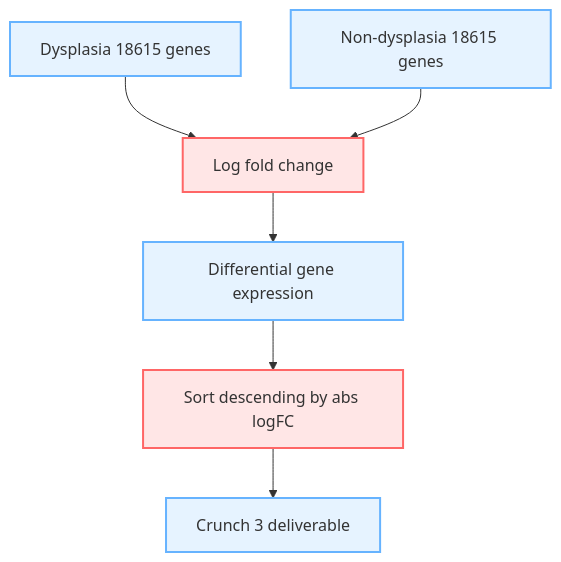
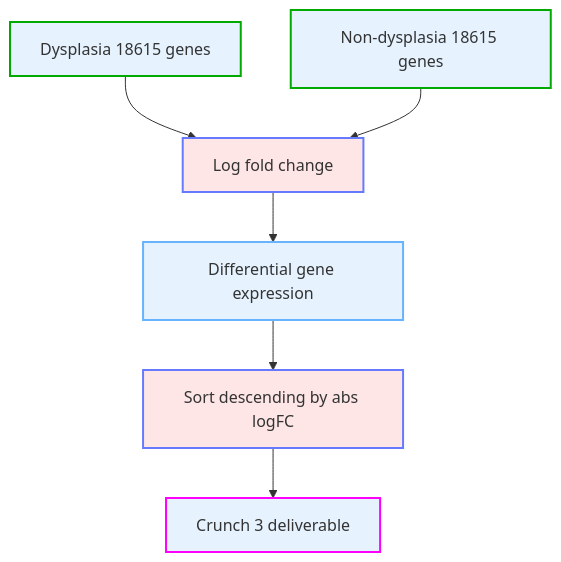
The diagram in mermaid/crunch3.mmd (catskillsresearch/broad-3-catskills), drawn with Mermaid before and after one commit. The commit also changed 4 other files, not shown here.

```diff
--- a/mermaid/crunch3.mmd
+++ b/mermaid/crunch3.mmd
@@ -1,12 +1,16 @@
 %%{init: {'themeVariables': {'nodeTextColor':'#000'}}}%%
 flowchart TD
     classDef data fill:#e6f3ff,stroke:#66b3ff,stroke-width:2px
-    classDef op fill:#ffe6e6,stroke:#ff6666,stroke-width:2px,shape:round-rect
-    data40["Dysplasia 18615 genes"]:::data
-    data41["Non-dysplasia 18615 genes"]:::data
+    classDef op fill:#ffe6e6,stroke:#667aff,stroke-width:2px,shape:round-rect
+    classDef inputData fill:#e6f3ff,stroke:#00AA00,stroke-width:2px
+    classDef outputData fill:#e6f3ff,stroke:#FF00FF,stroke-width:2px
+    classDef outputMetric fill:#e6f3ff,stroke:#FFFF00,stroke-width:2px
+
+    data40["Dysplasia 18615 genes"]:::inputData
+    data41["Non-dysplasia 18615 genes"]:::inputData
     op31["Log fold change"]:::op
     data44["Differential gene expression"]:::data
     data40 & data41 --> op31 --> data44
     op32["Sort descending by abs logFC"]:::op
-    data45["Crunch 3 deliverable"]:::data
+    data45["Crunch 3 deliverable"]:::outputData
     data44 --> op32 --> data45
```
